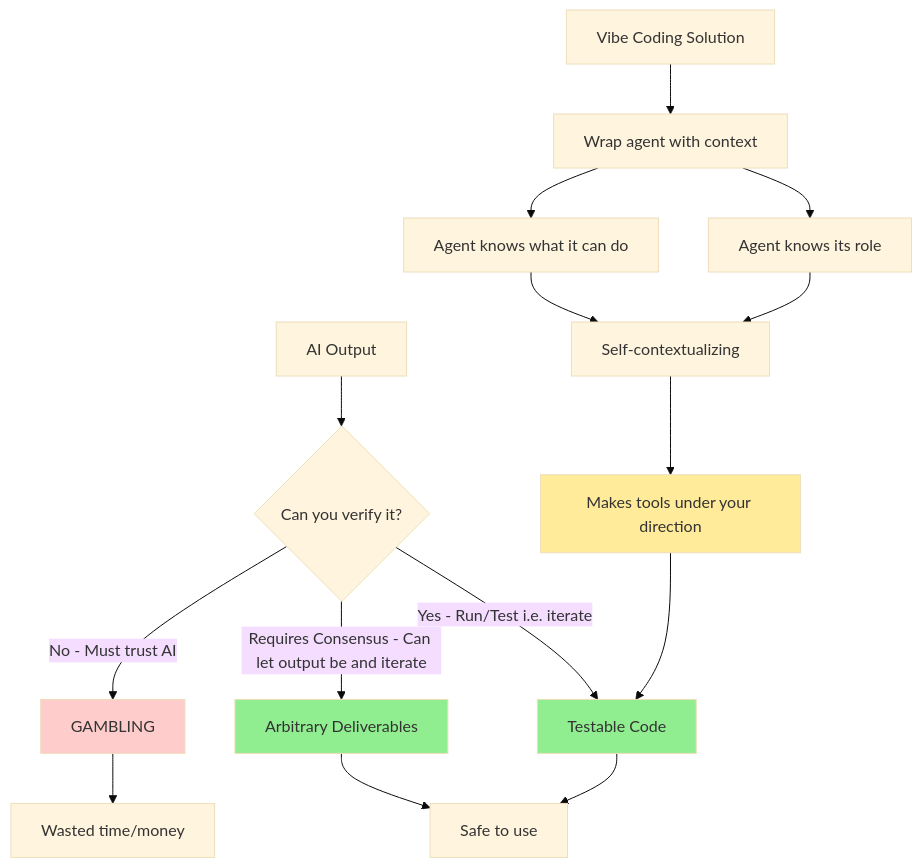
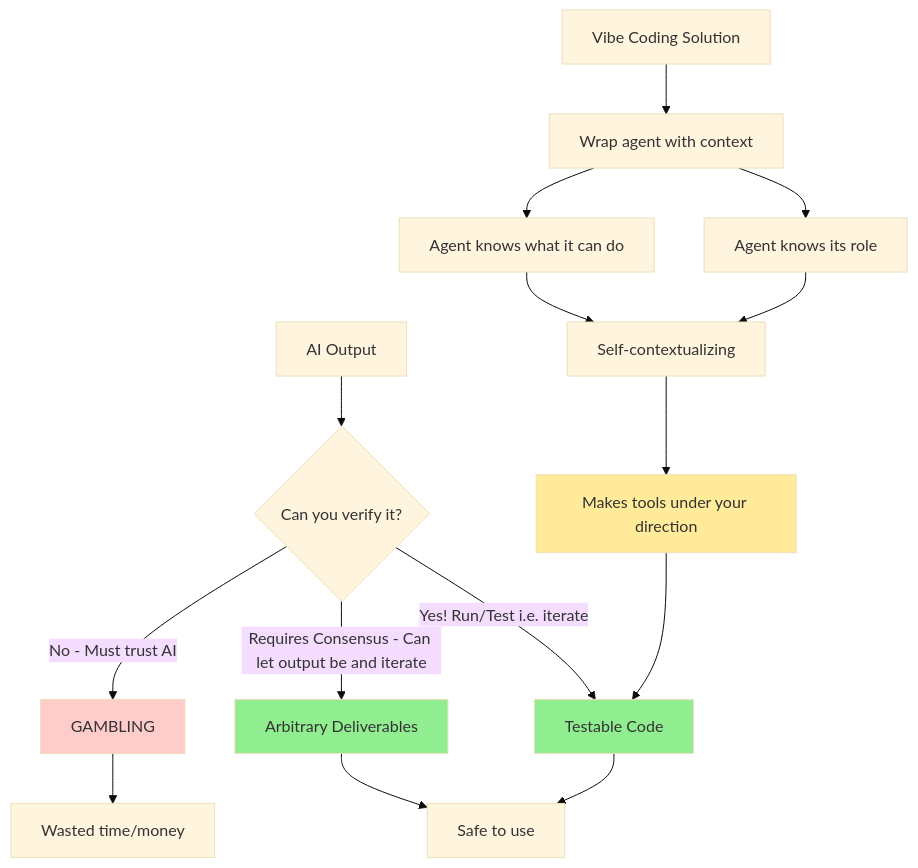
One commit to sancovp/starship-mcp changed the diagram in docs/diagrams/0_BaseSituation.mermaid. Above: the diagram before and after it, drawn with Mermaid (base theme).

```diff
--- a/docs/diagrams/0_BaseSituation.mermaid
+++ b/docs/diagrams/0_BaseSituation.mermaid
@@ -1,22 +1,22 @@
 flowchart TD
     A[AI Output] --> B{Can you verify it?}
-    B -->|Yes - Run/Test i.e. iterate| C[Testable Code]
+    B -->|Yes! Run/Test i.e. iterate| C[Testable Code]
     B -->|Requires Consensus - Can let output be and iterate| D[Arbitrary Deliverables]
     B -->|No - Must trust AI| E[GAMBLING]
     
     C --> F[Safe to use]
     D --> F
     E --> G[Wasted time/money]
     
     H[Vibe Coding Solution] --> I[Wrap agent with context]
     I --> J[Agent knows its role]
     I --> K[Agent knows what it can do]
     J --> L[Self-contextualizing]
     K --> L
     L --> M[Makes tools under your direction]
     M --> C
     
     style C fill:#90EE90
     style D fill:#90EE90
     style E fill:#ffcccc
     style M fill:#ffeb99
```
